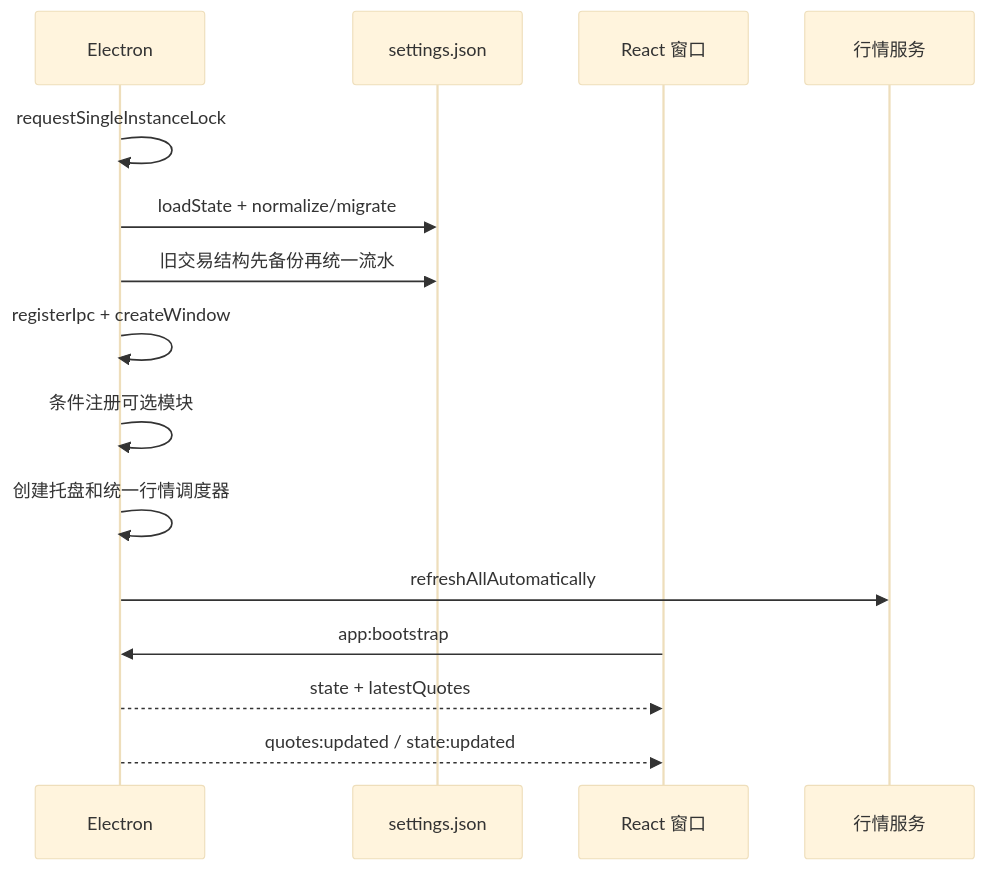
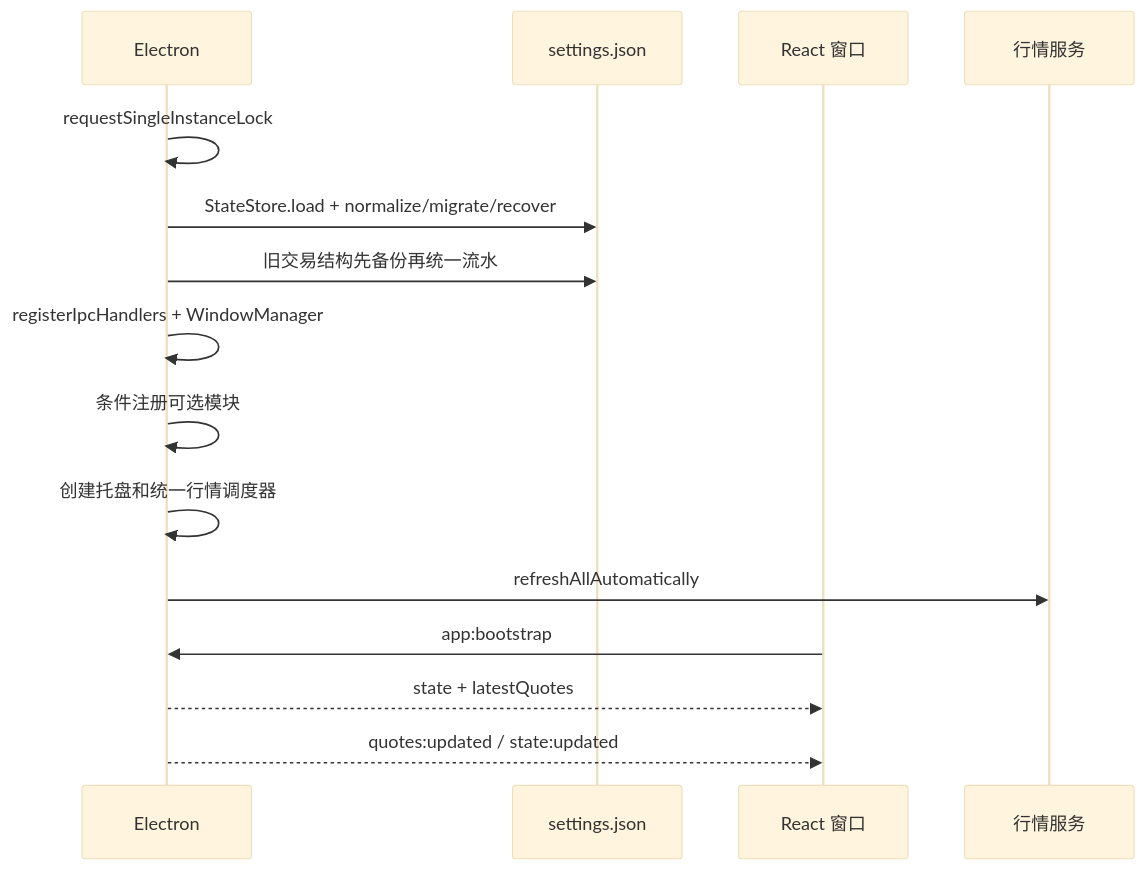
The second of 3 diagrams in docs/wiki/01-architecture.md (SingleOne/JianZhang), drawn with Mermaid (base theme) before and after one commit. The commit also changed other lines of this file and 14 other files, not shown here.

````diff
--- a/docs/wiki/01-architecture.md
+++ b/docs/wiki/01-architecture.md
@@ -76,18 +73,18 @@
 ```mermaid
 sequenceDiagram
     participant E as Electron
     participant S as settings.json
     participant W as React 窗口
     participant M as 行情服务
 
     E->>E: requestSingleInstanceLock
-    E->>S: loadState + normalize/migrate
+    E->>S: StateStore.load + normalize/migrate/recover
     E->>S: 旧交易结构先备份再统一流水
-    E->>E: registerIpc + createWindow
+    E->>E: registerIpcHandlers + WindowManager
     E->>E: 条件注册可选模块
     E->>E: 创建托盘和统一行情调度器
     E->>M: refreshAllAutomatically
     W->>E: app:bootstrap
     E-->>W: state + latestQuotes
     E-->>W: quotes:updated / state:updated
 ```
````
